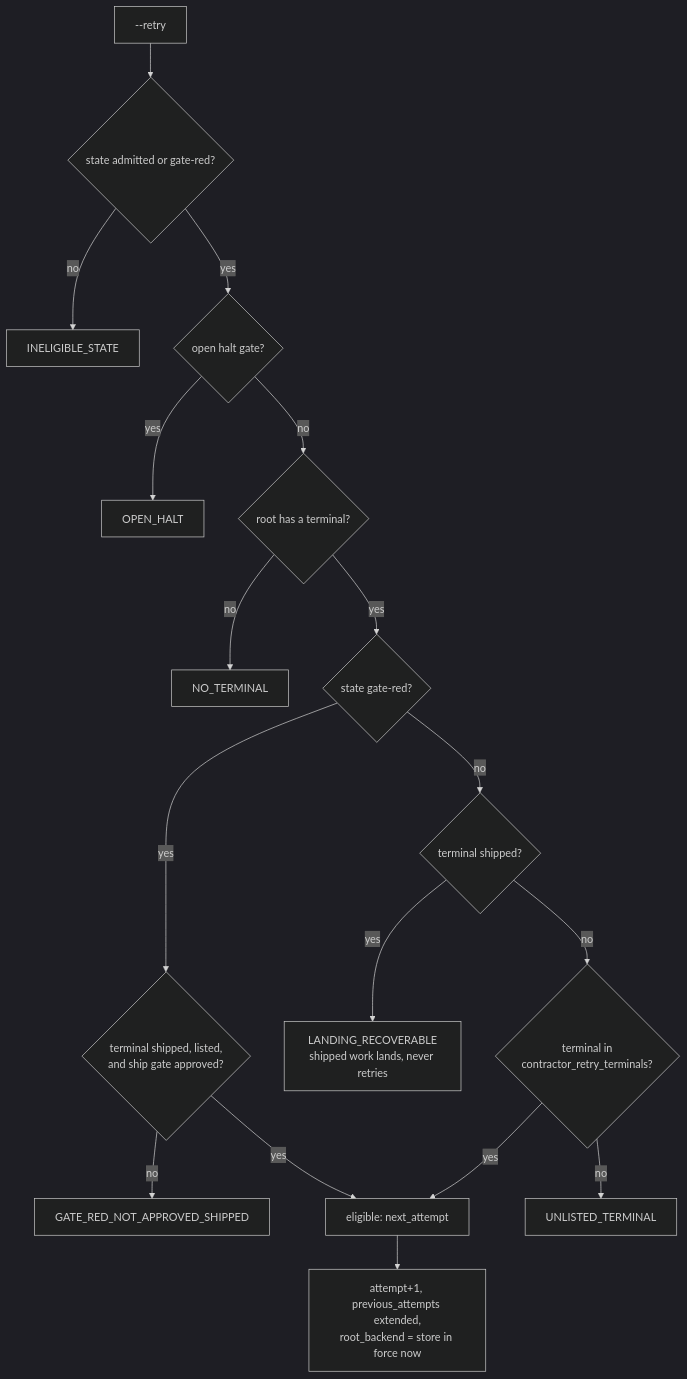
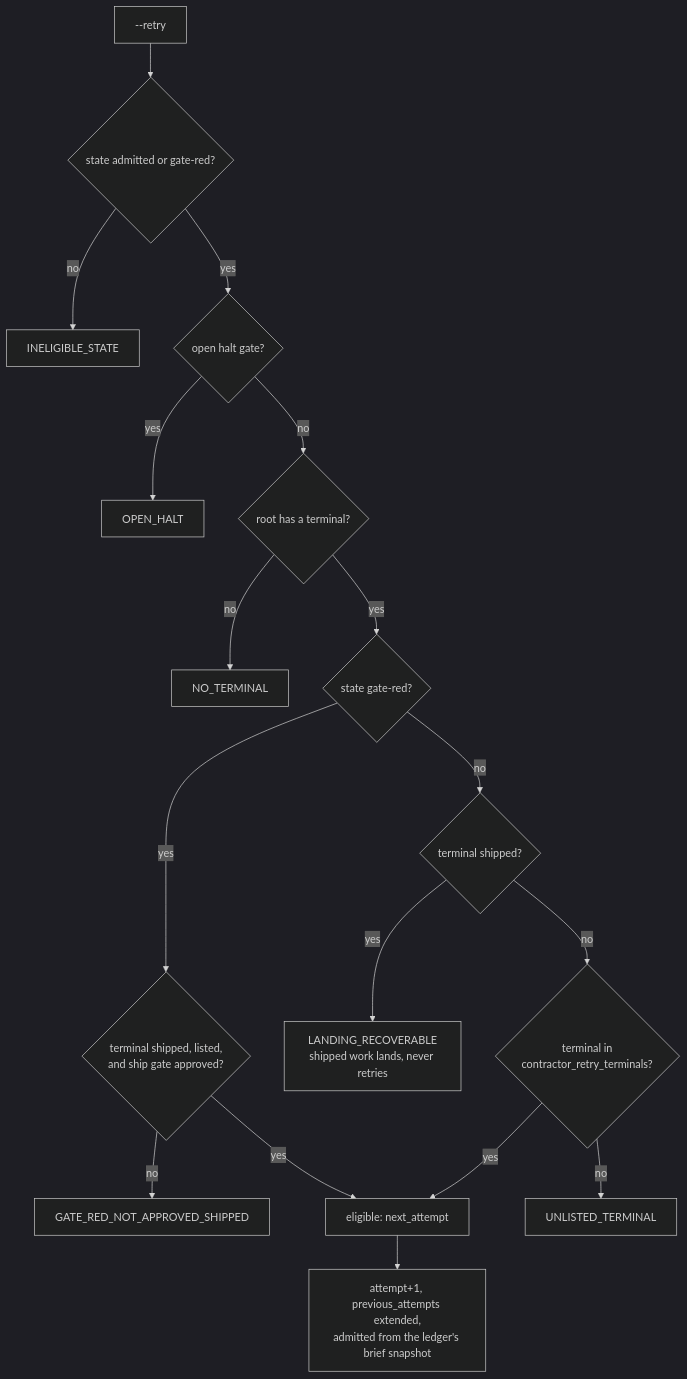
One commit to MVPavan/coding-ritual changed diagram 16 of 45 in docs/workflow-interpreter-guide/diagrams.md. Above: the diagram before and after it, drawn with Mermaid (dark theme). The commit also changed other lines of this file and 7 other files, not shown here.

````diff
--- a/docs/workflow-interpreter-guide/diagrams.md
+++ b/docs/workflow-interpreter-guide/diagrams.md
@@ -831,19 +880,19 @@
 ```mermaid
 flowchart TD
   R["--retry"] --> S{"state admitted or gate-red?"}
   S -->|"no"| X1["INELIGIBLE_STATE"]
   S -->|"yes"| H{"open halt gate?"}
   H -->|"yes"| X2["OPEN_HALT"]
   H -->|"no"| T{"root has a terminal?"}
   T -->|"no"| X3["NO_TERMINAL"]
   T -->|"yes"| G{"state gate-red?"}
   G -->|"yes"| GR{"terminal shipped, listed,<br/>and ship gate approved?"}
   GR -->|"no"| X4["GATE_RED_NOT_APPROVED_SHIPPED"]
   GR -->|"yes"| OK["eligible: next_attempt"]
   G -->|"no"| SH{"terminal shipped?"}
   SH -->|"yes"| X5["LANDING_RECOVERABLE<br/>shipped work lands, never retries"]
   SH -->|"no"| L{"terminal in<br/>contractor_retry_terminals?"}
   L -->|"no"| X6["UNLISTED_TERMINAL"]
   L -->|"yes"| OK
-  OK --> NA["attempt+1, previous_attempts extended,<br/>root_backend = store in force now"]
+  OK --> NA["attempt+1, previous_attempts extended,<br/>admitted from the ledger's brief snapshot"]
 ```
````
